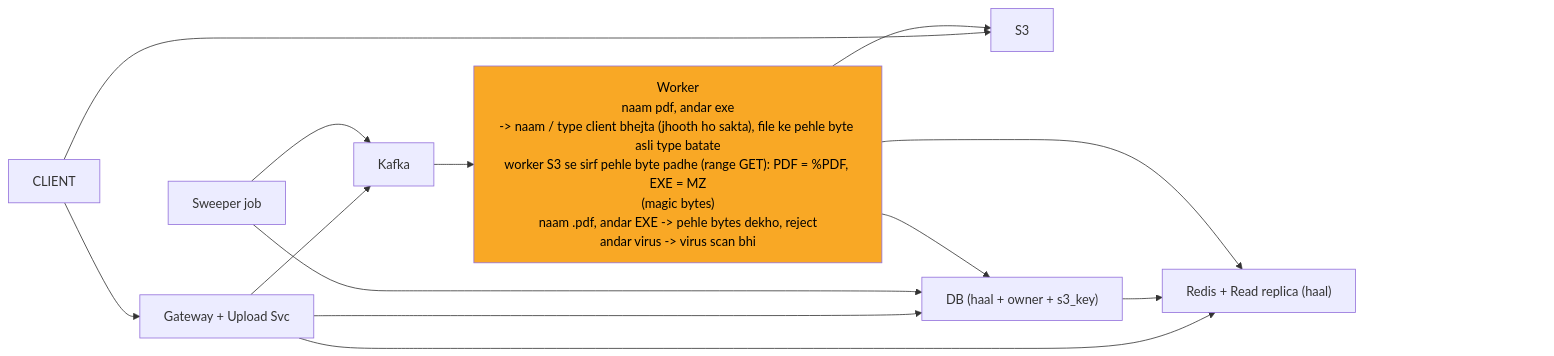
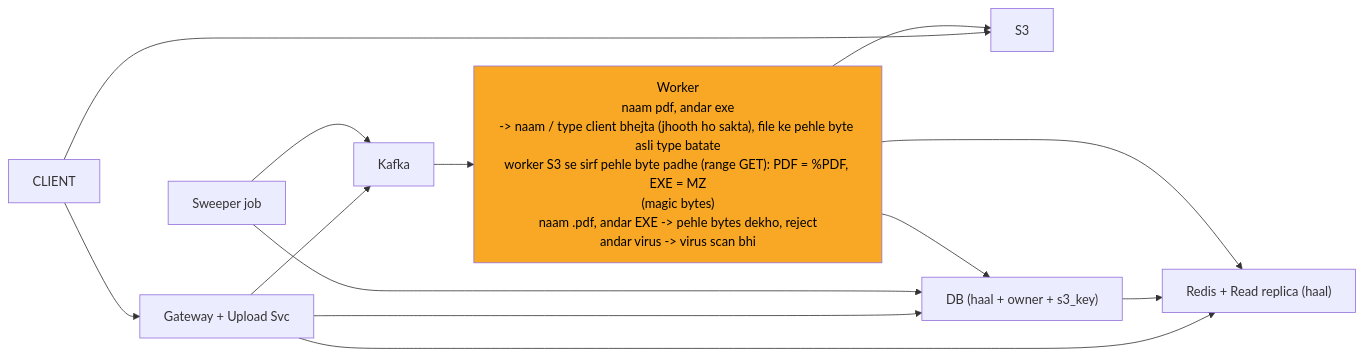
One commit to ArpanMaheshwari144/Prep changed the tenth of 11 diagrams in 04_HLD/SYSTEM_DESIGNS/07_file_upload_validate_system/07_file_upload_INTERVIEW.md. Above: the diagram before and after it, drawn with Mermaid. The commit also changed other lines of this file and 182 other files, not shown here.

Commit message:
hld 14 file: har diagram mermaid-cli se SVG image (source details me), n_pad hataya, render tool 04_HLD/tools

````diff
--- a/04_HLD/SYSTEM_DESIGNS/07_file_upload_validate_system/07_file_upload_INTERVIEW.md
+++ b/04_HLD/SYSTEM_DESIGNS/07_file_upload_validate_system/07_file_upload_INTERVIEW.md
@@ -467,28 +507,25 @@
 ```mermaid
 %%{init: {"flowchart": {"wrappingWidth": 450}}}%%
 flowchart LR
     n_CLIENT["CLIENT"]
     n_S3["S3"]
     n_GU["Gateway + Upload Svc"]
     n_RC["Redis + Read replica (haal)"]
     n_DB["DB (haal + owner + s3_key)"]
     n_Sweeper_job["Sweeper job"]
     n_Kafka["Kafka"]
     n_Worker["Worker<br/>naam pdf, andar exe<br/>-> naam / type client bhejta (jhooth ho sakta), file ke pehle byte asli type batate<br/>worker S3 se sirf pehle byte padhe (range GET): PDF = %PDF, EXE = MZ<br/>(magic bytes)<br/>naam .pdf, andar EXE -> pehle bytes dekho, reject<br/>andar virus -> virus scan bhi"]
     n_CLIENT --> n_S3
     n_CLIENT --> n_GU
     n_GU --> n_RC
     n_GU --> n_DB
     n_DB --> n_RC
     n_GU --> n_Kafka
     n_Sweeper_job --> n_DB
     n_Sweeper_job --> n_Kafka
     n_Kafka --> n_Worker
     n_Worker --> n_DB
     n_Worker --> n_RC
     n_Worker --> n_S3
-    n_pad["xxxxxxxxxxxxxxxx"]
-    n_RC ~~~ n_pad
     style n_Worker fill:#f9a825,color:#000
-    style n_pad fill:none,stroke:none,color:#ffffff00
 ```
````
